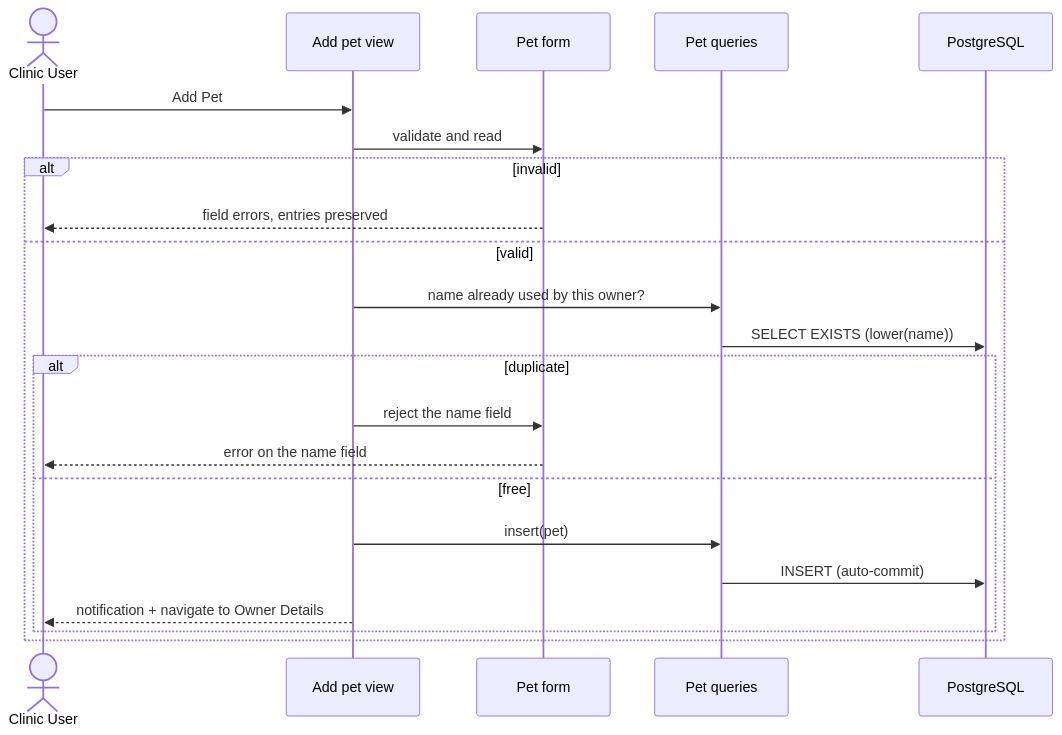
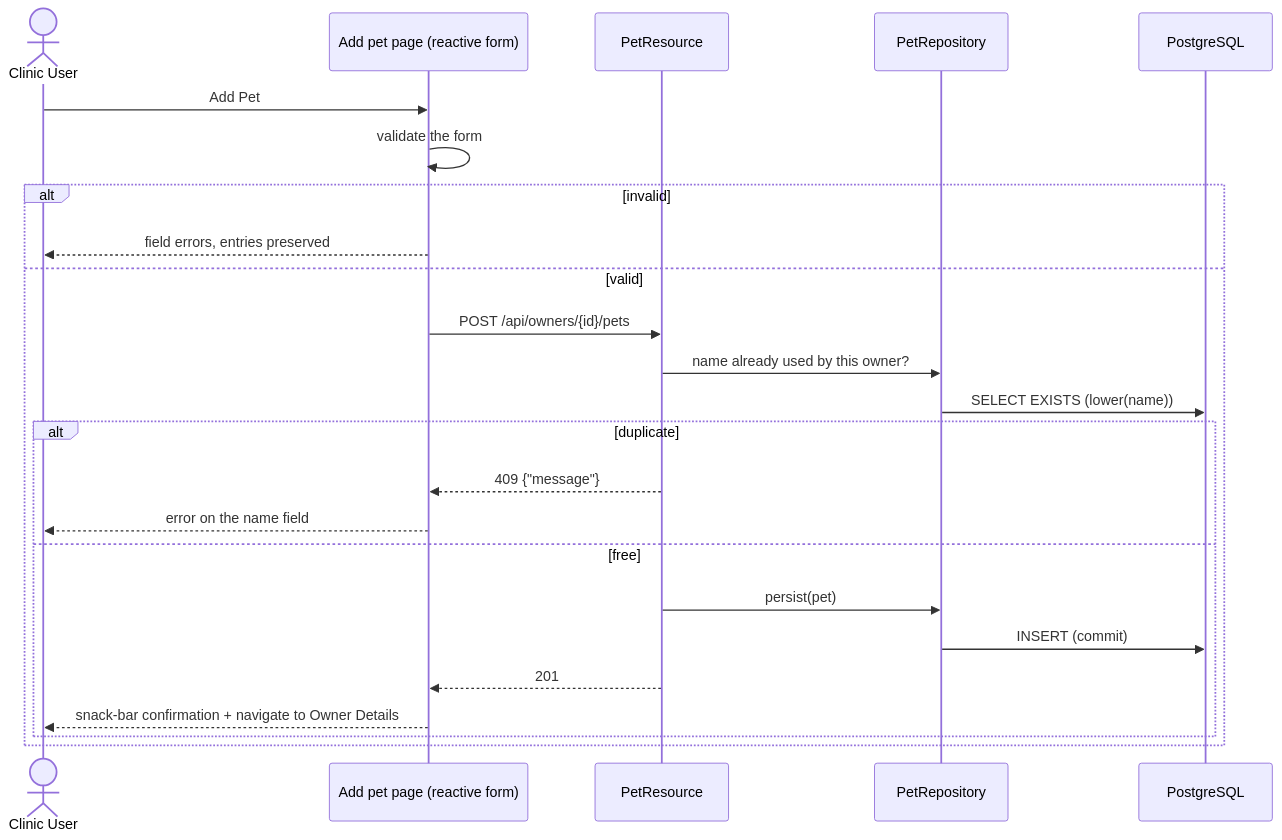
The third of 3 diagrams in docs/architecture/process.md (AI-Unified-Process/petclinic), drawn with Mermaid before and after one commit. The commit also changed other lines of this file and 81 other files, not shown here.

````diff
--- a/docs/architecture/process.md
+++ b/docs/architecture/process.md
@@ -85,25 +100,27 @@
 ```mermaid
 sequenceDiagram
     actor U as Clinic User
-    participant V as Add pet view
-    participant F as Pet form
-    participant R as Pet queries
+    participant F as Add pet page (reactive form)
+    participant API as PetResource
+    participant R as PetRepository
     participant DB as PostgreSQL
 
-    U->>V: Add Pet
-    V->>F: validate and read
+    U->>F: Add Pet
+    F->>F: validate the form
     alt invalid
         F-->>U: field errors, entries preserved
     else valid
-        V->>R: name already used by this owner?
+        F->>API: POST /api/owners/{id}/pets
+        API->>R: name already used by this owner?
         R->>DB: SELECT EXISTS (lower(name))
         alt duplicate
-            V->>F: reject the name field
+            API-->>F: 409 {"message"}
             F-->>U: error on the name field
         else free
-            V->>R: insert(pet)
-            R->>DB: INSERT (auto-commit)
-            V-->>U: notification + navigate to Owner Details
+            API->>R: persist(pet)
+            R->>DB: INSERT (commit)
+            API-->>F: 201
+            F-->>U: snack-bar confirmation + navigate to Owner Details
         end
     end
 ```
````
